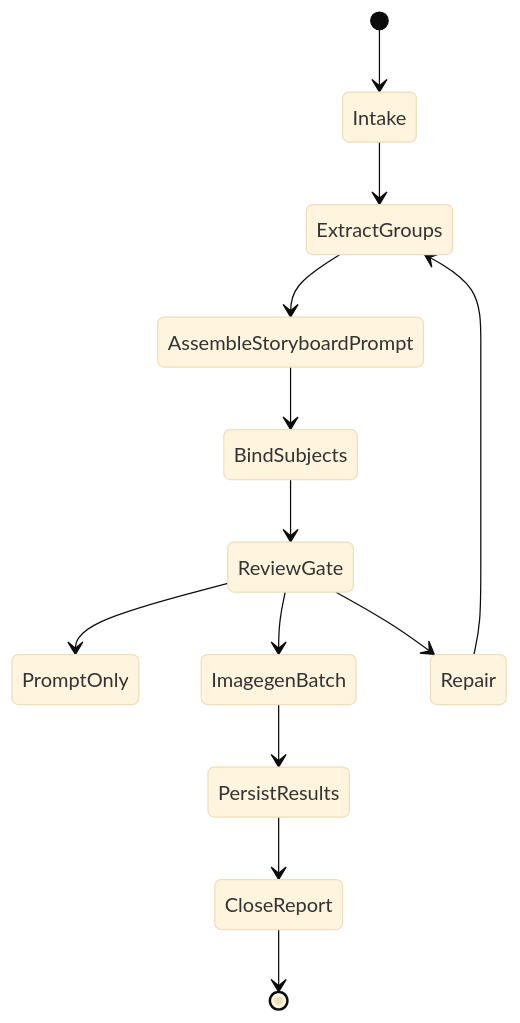
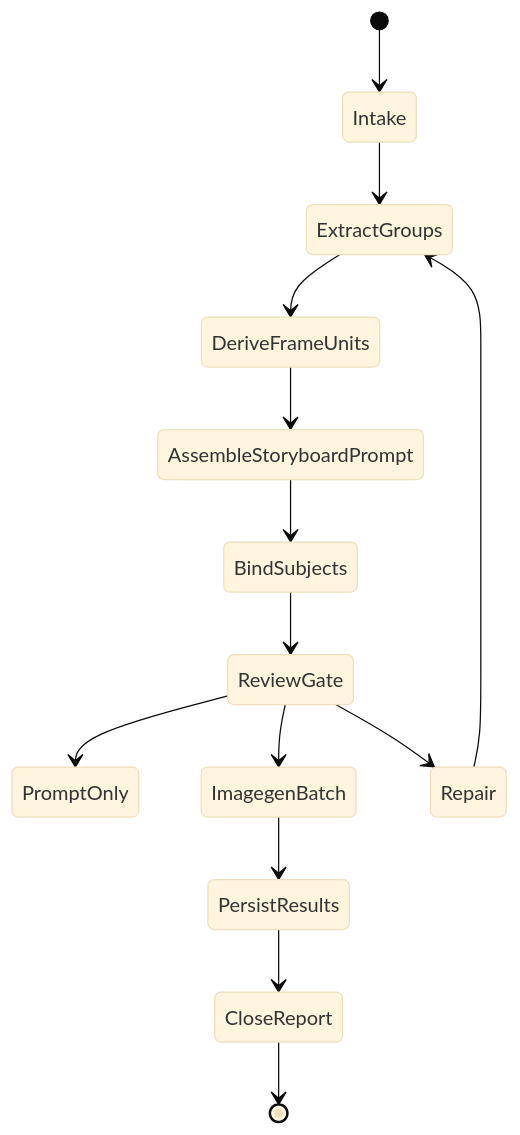
The third of 3 diagrams in .agents/skills/aigc/6-图像/B-分镜故事板/SKILL.md (ZEN-VOID/AI-CUT), drawn with Mermaid (base theme) before and after one commit. The commit also changed other lines of this file and 129 other files, not shown here.

````diff
--- a/.agents/skills/aigc/6-图像/B-分镜故事板/SKILL.md
+++ b/.agents/skills/aigc/6-图像/B-分镜故事板/SKILL.md
@@ -113,15 +118,16 @@
 ```mermaid
 stateDiagram-v2
     [*] --> Intake
     Intake --> ExtractGroups
-    ExtractGroups --> AssembleStoryboardPrompt
+    ExtractGroups --> DeriveFrameUnits
+    DeriveFrameUnits --> AssembleStoryboardPrompt
     AssembleStoryboardPrompt --> BindSubjects
     BindSubjects --> ReviewGate
     ReviewGate --> PromptOnly
     ReviewGate --> ImagegenBatch
     ImagegenBatch --> PersistResults
     PersistResults --> CloseReport
     ReviewGate --> Repair
     Repair --> ExtractGroups
     CloseReport --> [*]
 ```
````
